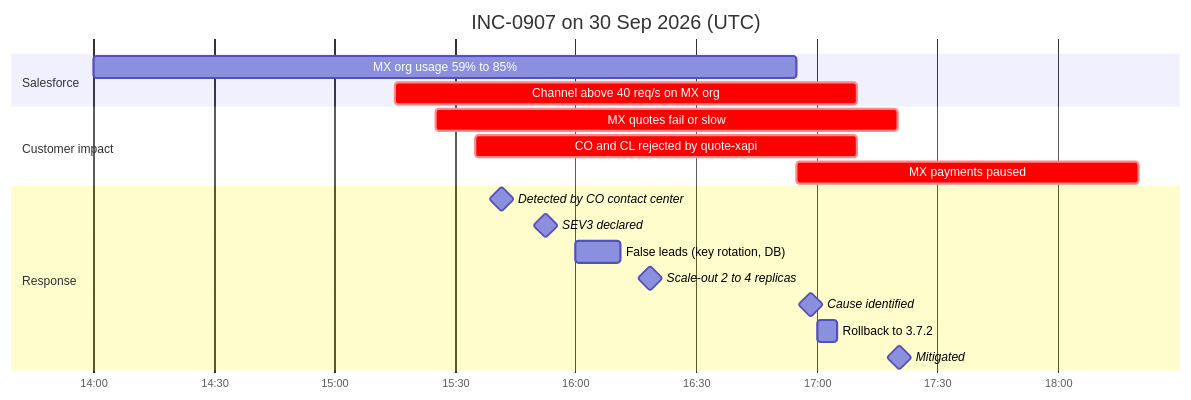
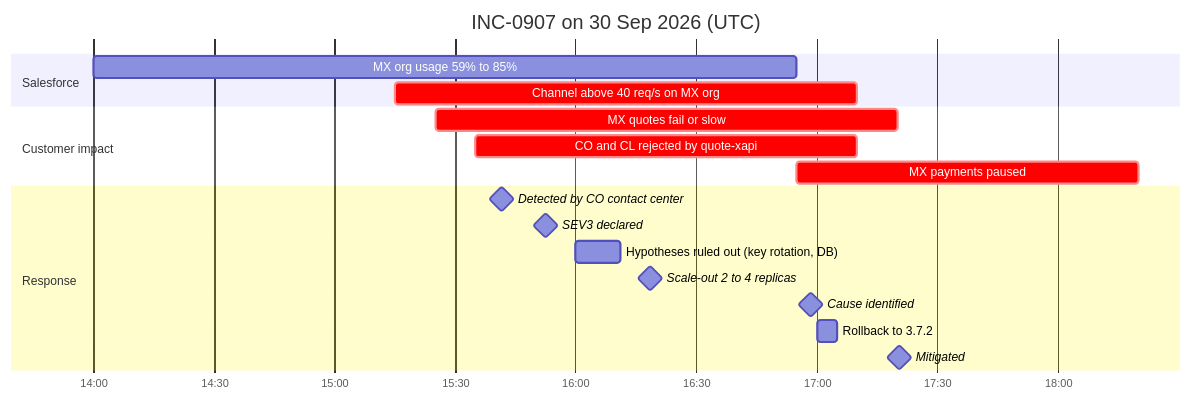
Before and after one commit to samsagz/meridian-tech-lead-assessment: the first of 2 diagrams in docs/operations/INC-0907-POSTMORTEM.md, drawn with Mermaid. The commit also changed other lines of this file and 3 other files, not shown here.

````diff
--- a/docs/operations/INC-0907-POSTMORTEM.md
+++ b/docs/operations/INC-0907-POSTMORTEM.md
@@ -19,22 +19,22 @@
 ```mermaid
 gantt
     title INC-0907 on 30 Sep 2026 (UTC)
     dateFormat HH:mm
     axisFormat %H:%M
     todayMarker off
     section Salesforce
     MX org usage 59% to 85%           : 14:00, 16:55
     Channel above 40 req/s on MX org  : crit, 15:15, 17:10
     section Customer impact
     MX quotes fail or slow            : crit, 15:25, 17:20
     CO and CL rejected by quote-xapi  : crit, 15:35, 17:10
     MX payments paused                : crit, 16:55, 18:20
     section Response
     Detected by CO contact center     : milestone, 15:41, 1m
     SEV3 declared                     : milestone, 15:52, 1m
-    False leads (key rotation, DB)    : 16:00, 16:11
+    Hypotheses ruled out (key rotation, DB) : 16:00, 16:11
     Scale-out 2 to 4 replicas         : milestone, 16:18, 1m
     Cause identified                  : milestone, 16:58, 1m
     Rollback to 3.7.2                 : 17:00, 17:05
     Mitigated                         : milestone, 17:20, 1m
 ```
````
